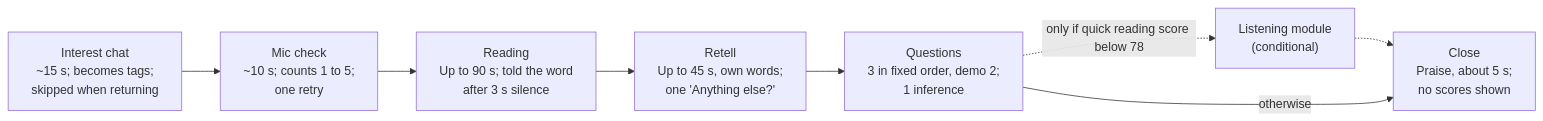
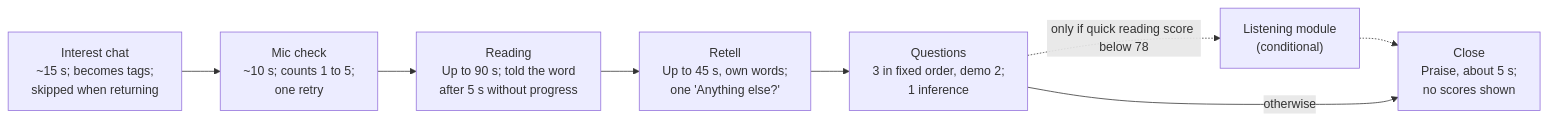
Before and after one commit to dave-manufor/alo-ai: the second of 3 diagrams in docs/Software_Design_Document.md, drawn with Mermaid. The commit also changed other lines of this file and 1 other file, not shown here.

Commit message:
docs(session): record the 5 s told-word wait and the live kindness count
PRD 4.1, 4.2 and 3 (diagram) and SDD 4: "That word is X." after 5.0 s
without progress on one word. PRD 4.3: the live kindness rule counts heard
words minus told words. Changelog line in section 0.

````diff
--- a/docs/Software_Design_Document.md
+++ b/docs/Software_Design_Document.md
@@ -207,10 +207,10 @@
 ```mermaid
 flowchart LR
   A["Interest chat<br/>~15 s; becomes tags;<br/>skipped when returning"] --> B["Mic check<br/>~10 s; counts 1 to 5;<br/>one retry"]
-  B --> C["Reading<br/>Up to 90 s; told the word<br/>after 3 s silence"]
+  B --> C["Reading<br/>Up to 90 s; told the word<br/>after 5 s without progress"]
   C --> D["Retell<br/>Up to 45 s, own words;<br/>one 'Anything else?'"]
   D --> E["Questions<br/>3 in fixed order, demo 2;<br/>1 inference"]
   E -.->|"only if quick reading score below 78"| F["Listening module<br/>(conditional)"]
   F -.-> G["Close<br/>Praise, about 5 s;<br/>no scores shown"]
   E -->|otherwise| G
 ```
````
